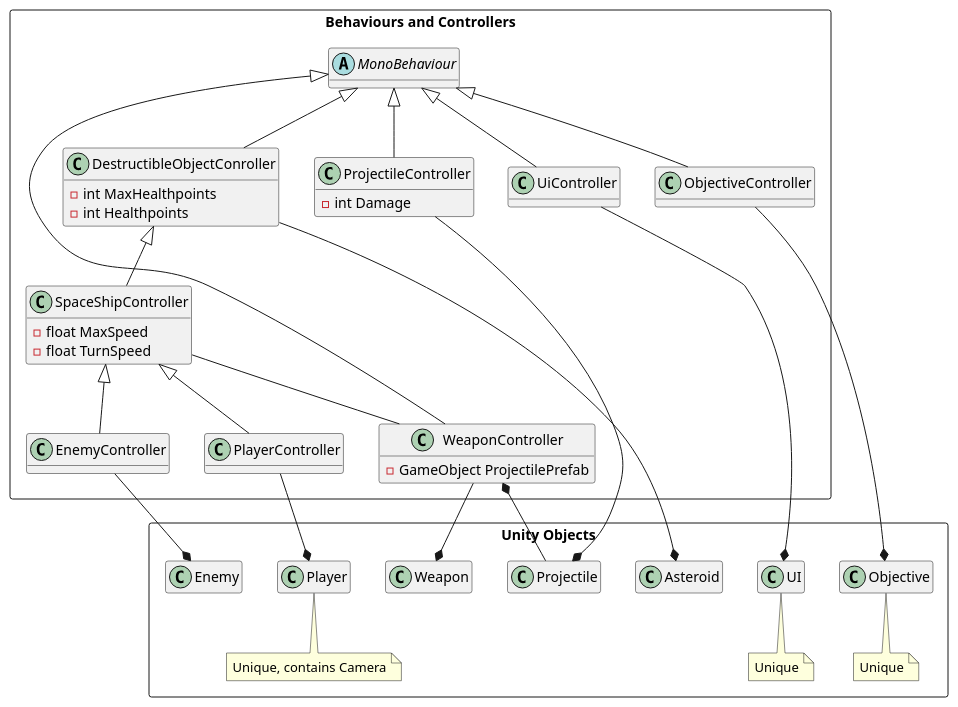
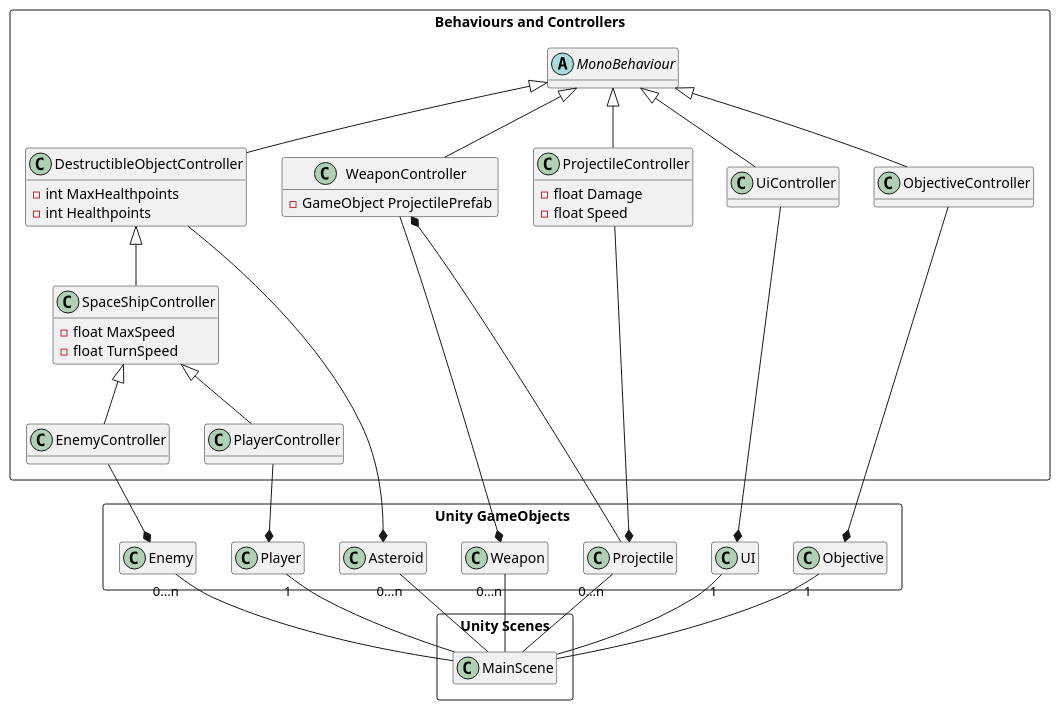
One commit to smowdy/bfh_projekt_1 changed the diagram in doc/diagrams/Model.puml. Above: the diagram before and after it, drawn with PlantUML. The commit also changed 4 other files, not shown here.

Commit message:
further updated doc and diagramms according to review

```diff
--- a/doc/diagrams/Model.puml
+++ b/doc/diagrams/Model.puml
@@ -1,60 +1,69 @@
 @startuml
 
-package "Unity Objects" <<Rectangle>> {
+package "Unity Scenes" <<Rectangle>>{
     hide members
+    Class MainScene
+}
+
+package "Unity GameObjects" <<Rectangle>> {
+    hide members
+    Class Weapon
     Class Player
     Class Enemy
-    Class Weapon
     Class Projectile
     Class Asteroid
     Class Objective
     Class UI
-
-    note bottom of Player : Unique, contains Camera
-    note bottom of UI : Unique
-    note bottom of Objective : Unique
 }
 
 package "Behaviours and Controllers" <<Rectangle>> {
     hide methods
     abstract Class MonoBehaviour
-    Class DestructibleObjectConroller{
+    Class DestructibleObjectController{
         - int MaxHealthpoints
         - int Healthpoints
     }
     Class SpaceShipController{
         - float MaxSpeed
         - float TurnSpeed
     }
     Class PlayerController
     Class EnemyController
     Class WeaponController{
         - GameObject ProjectilePrefab
     }
     Class ProjectileController{
-        - int Damage
+        - float Damage
+        - float Speed
     }
     Class ObjectiveController
     Class UiController
 }
 
 PlayerController -up-|> SpaceShipController
 EnemyController -up-|> SpaceShipController
-SpaceShipController -up-|> DestructibleObjectConroller
-SpaceShipController -- WeaponController
+SpaceShipController -up-|> DestructibleObjectController
 ObjectiveController -up-|> MonoBehaviour
 WeaponController -up-|> MonoBehaviour
 ProjectileController -up-|> MonoBehaviour
 UiController -up-|> MonoBehaviour
-DestructibleObjectConroller -up-|> MonoBehaviour
+DestructibleObjectController -up-|> MonoBehaviour
 
+Asteroid *-up- DestructibleObjectController
 Player *-up- PlayerController
 Enemy *-up- EnemyController
 Weapon *-up- WeaponController
 Projectile *-up- ProjectileController
 WeaponController *-up- Projectile
 Objective *-up- ObjectiveController
 UI *-up- UiController
-Asteroid *-up- DestructibleObjectConroller
+
+MainScene -up- "1" Player
+MainScene -up- "0...n" Enemy
+MainScene -up- "0...n" Weapon
+MainScene -up- "0...n" Projectile
+MainScene -up- "0...n" Asteroid
+MainScene -up- "1" Objective
+MainScene -up- "1" UI
 
 @enduml
```
